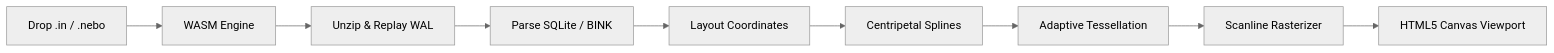
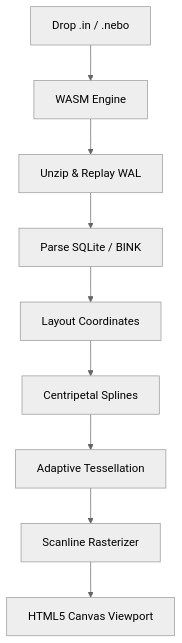
The diagram in README.md (davidnoronha1/notein-export), drawn with Mermaid (neutral theme) before and after one commit. The commit also changed other lines of this file, not shown here.

Commit message:
docs: restore screenshot and make architecture diagram vertical in README

````diff
--- a/README.md
+++ b/README.md
@@ -75,11 +77,11 @@
 ```mermaid
-flowchart LR
-    A[Drop .in / .nebo] --> B[WASM Engine]
-    B --> C[Unzip & Replay WAL]
-    C --> D[Parse SQLite / BINK]
-    D --> E[Layout Coordinates]
-    E --> F[Centripetal Splines]
-    F --> G[Adaptive Tessellation]
-    G --> H[Scanline Rasterizer]
-    H --> I[HTML5 Canvas Viewport]
+flowchart TD
+    A["Drop .in / .nebo"] --> B["WASM Engine"]
+    B --> C["Unzip & Replay WAL"]
+    C --> D["Parse SQLite / BINK"]
+    D --> E["Layout Coordinates"]
+    E --> F["Centripetal Splines"]
+    F --> G["Adaptive Tessellation"]
+    G --> H["Scanline Rasterizer"]
+    H --> I["HTML5 Canvas Viewport"]
 ```
````
